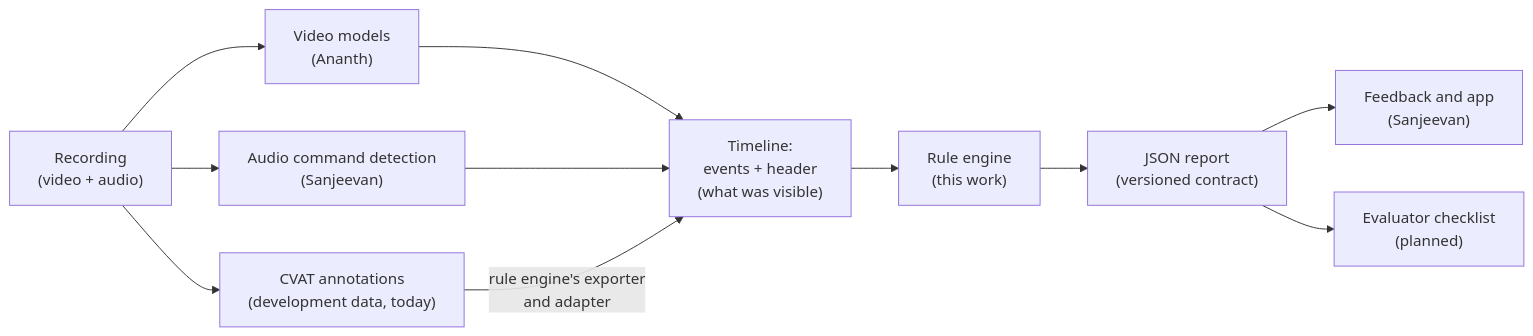
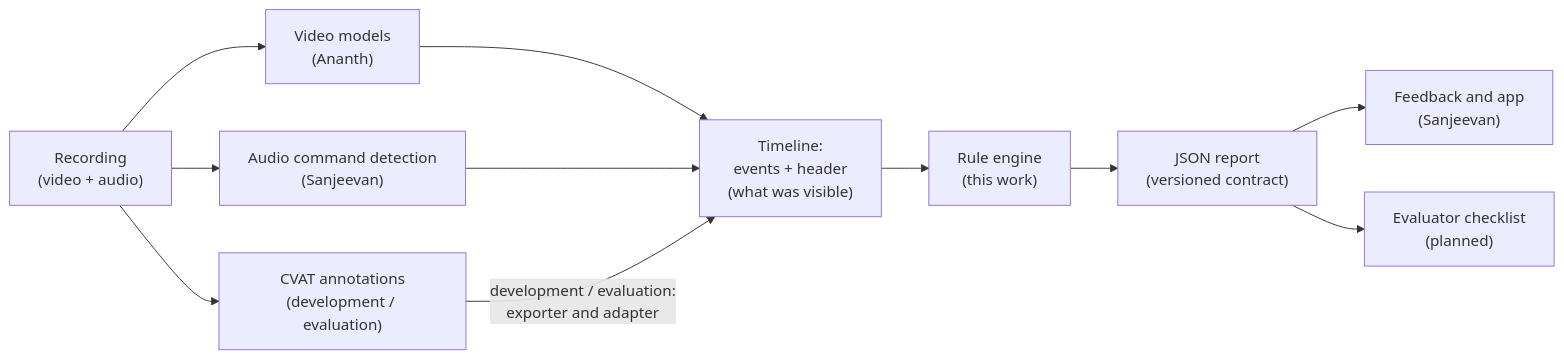
Before and after one commit to ananthu65/defibrillator_research: the first of 2 diagrams in docs/rule_engine/demo_walkthrough.md, drawn with Mermaid. The commit also changed other lines of this file and 24 other files, not shown here.

````diff
--- a/docs/rule_engine/demo_walkthrough.md
+++ b/docs/rule_engine/demo_walkthrough.md
@@ -28,13 +28,13 @@
 ```mermaid
 flowchart LR
     REC["Recording<br/>(video + audio)"] --> VID["Video models<br/>(Ananth)"]
     REC --> AUD["Audio command detection<br/>(Sanjeevan)"]
-    REC --> ANN["CVAT annotations<br/>(development data, today)"]
+    REC --> ANN["CVAT annotations<br/>(development / evaluation)"]
     VID --> TL["Timeline:<br/>events + header<br/>(what was visible)"]
     AUD --> TL
-    ANN -->|"rule engine's exporter<br/>and adapter"| TL
+    ANN -->|"development / evaluation:<br/>exporter and adapter"| TL
     TL --> RE["Rule engine<br/>(this work)"]
     RE --> REP["JSON report<br/>(versioned contract)"]
     REP --> FB["Feedback and app<br/>(Sanjeevan)"]
     REP --> CL["Evaluator checklist<br/>(planned)"]
 ```
````
